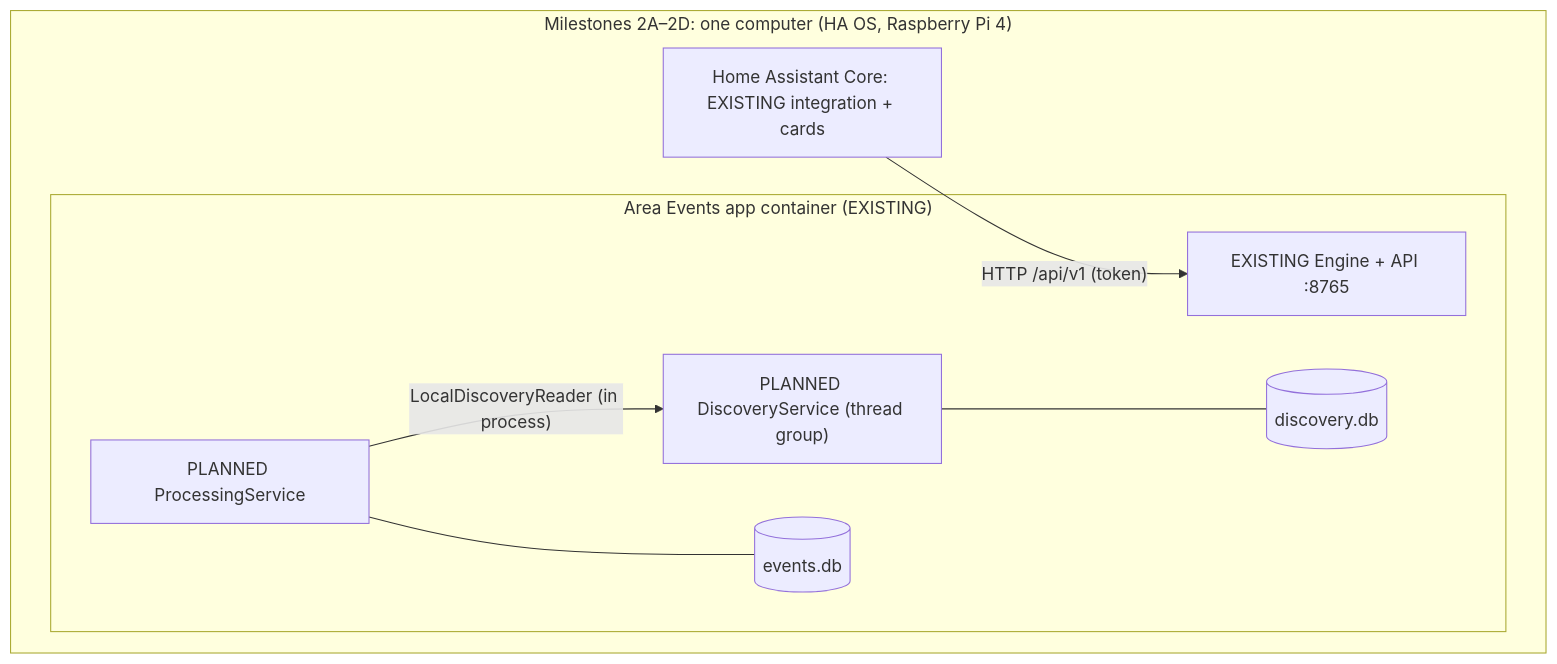
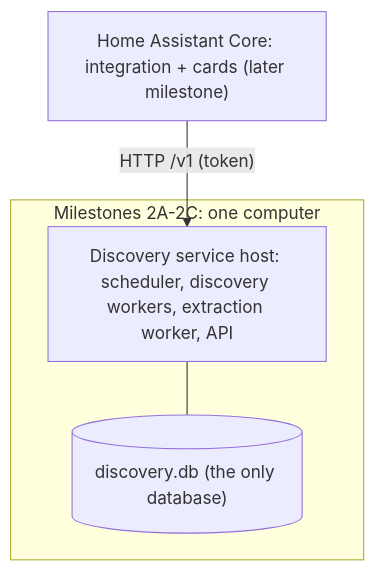
One commit to lairdrt/area-events-card changed the fourth of 5 diagrams in docs/discovery-service-architecture.md. Above: the diagram before and after it, drawn with Mermaid. The commit also changed other lines of this file and 11 other files, not shown here.

First line of the commit message:
Milestone 2C: independent extraction into the single discovery database, processing contract, event query service

````diff
--- a/docs/discovery-service-architecture.md
+++ b/docs/discovery-service-architecture.md
@@ -512,16 +573,7 @@
 ```mermaid
 flowchart TB
-  subgraph One["Milestones 2A–2D: one computer (HA OS, Raspberry Pi 4)"]
-    subgraph App["Area Events app container (EXISTING)"]
-      E1["EXISTING Engine + API :8765"]
-      DS1["PLANNED DiscoveryService (thread group)"]
-      DB1[("discovery.db")]
-      PS1["PLANNED ProcessingService"]
-      EDB1[("events.db")]
-      DS1 --- DB1
-      PS1 --- EDB1
-      PS1 -- "LocalDiscoveryReader (in process)" --> DS1
-    end
-    HA1["Home Assistant Core: EXISTING integration + cards"] -- "HTTP /api/v1 (token)" --> E1
+  subgraph One["Milestones 2A-2C: one computer"]
+    DS1["Discovery service host: scheduler, discovery workers, extraction worker, API"] --- DB1[("discovery.db (the only database)")]
   end
+  HA1["Home Assistant Core: integration + cards (later milestone)"] -- "HTTP /v1 (token)" --> DS1
 ```
````
